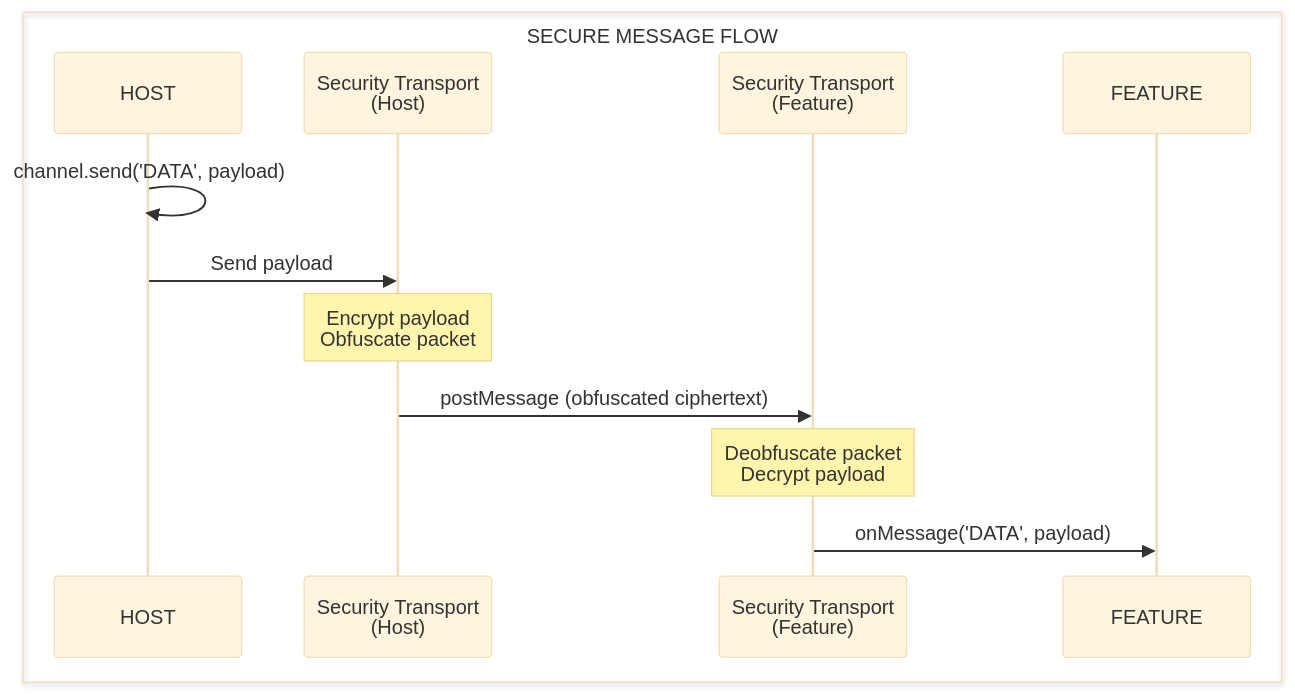
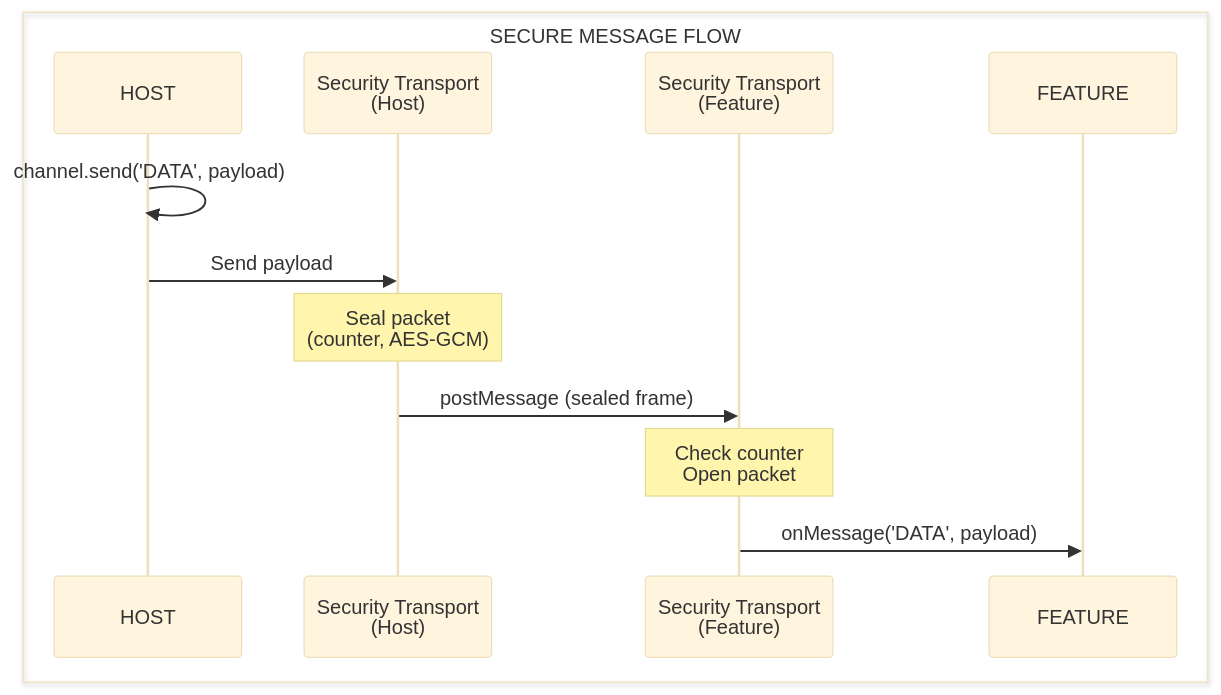
One commit to AndrewRedican/hyperfrontend changed the eighth of 8 diagrams in ARCHITECTURE.md. Above: the diagram before and after it, drawn with Mermaid. The commit also changed other lines of this file and 4 other files, not shown here.

````diff
--- a/ARCHITECTURE.md
+++ b/ARCHITECTURE.md
@@ -443,22 +458,22 @@
 ```mermaid
 ---
 config:
   theme: base
   themeVariables:
     fontSize: 12px
 ---
 sequenceDiagram
     box SECURE MESSAGE FLOW
     participant Host as HOST
     participant HostSec as Security Transport<br/>(Host)
     participant FeatureSec as Security Transport<br/>(Feature)
     participant Feature as FEATURE
     end
 
     Host->>Host: channel.send('DATA', payload)
     Host->>HostSec: Send payload
-    Note over HostSec: Encrypt payload<br/>Obfuscate packet
-    HostSec->>FeatureSec: postMessage (obfuscated ciphertext)
-    Note over FeatureSec: Deobfuscate packet<br/>Decrypt payload
+    Note over HostSec: Seal packet<br/>(counter, AES-GCM)
+    HostSec->>FeatureSec: postMessage (sealed frame)
+    Note over FeatureSec: Check counter<br/>Open packet
     FeatureSec->>Feature: onMessage('DATA', payload)
 ```
````
